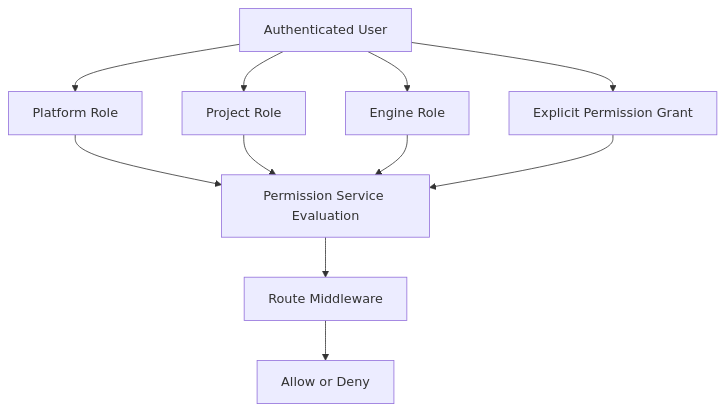
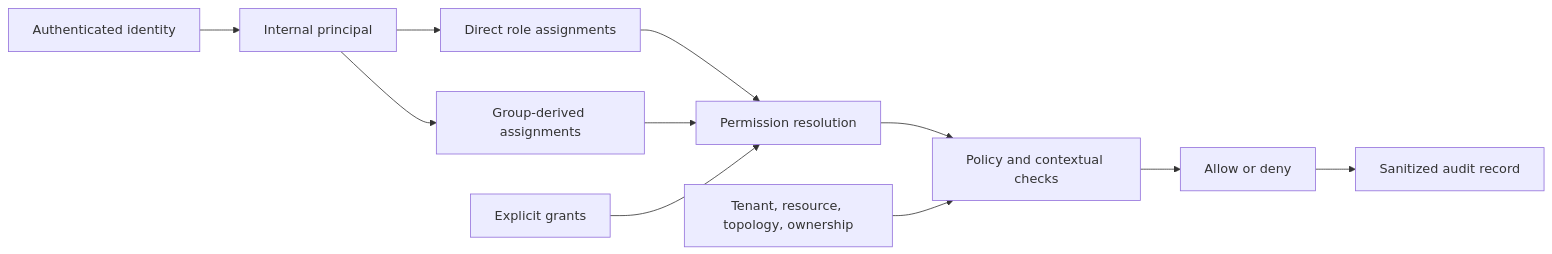
One commit to EnterpriseGlue/enterpriseglue-the-bridge-oss changed the first of 2 diagrams in docs/architecture/09-oss-authorization-access-control-model.md. Above: the diagram before and after it, drawn with Mermaid. The commit also changed other lines of this file and 95 other files, not shown here.

````diff
--- a/docs/architecture/09-oss-authorization-access-control-model.md
+++ b/docs/architecture/09-oss-authorization-access-control-model.md
@@ -381,24 +23,13 @@
 ```mermaid
-flowchart TD
-  User[Authenticated User]
-  PlatformRole[Platform Role]
-  ProjectRole[Project Role]
-  EngineRole[Engine Role]
-  ExplicitGrant[Explicit Permission Grant]
-  PermissionCheck[Permission Service Evaluation]
-  RouteGuard[Route Middleware]
-  Decision[Allow or Deny]
-
-  User --> PlatformRole
-  User --> ProjectRole
-  User --> EngineRole
-  User --> ExplicitGrant
-
-  PlatformRole --> PermissionCheck
-  ProjectRole --> PermissionCheck
-  EngineRole --> PermissionCheck
-  ExplicitGrant --> PermissionCheck
-
-  PermissionCheck --> RouteGuard
-  RouteGuard --> Decision
+flowchart LR
+  Identity[Authenticated identity] --> Principal[Internal principal]
+  Principal --> Direct[Direct role assignments]
+  Principal --> Groups[Group-derived assignments]
+  Direct --> Permissions[Permission resolution]
+  Groups --> Permissions
+  Grants[Explicit grants] --> Permissions
+  Permissions --> Policy[Policy and contextual checks]
+  Context[Tenant, resource, topology, ownership] --> Policy
+  Policy --> Decision[Allow or deny]
+  Decision --> Audit[Sanitized audit record]
 ```
````
